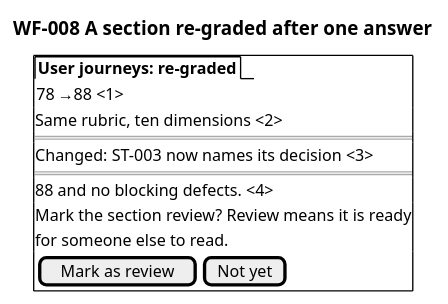
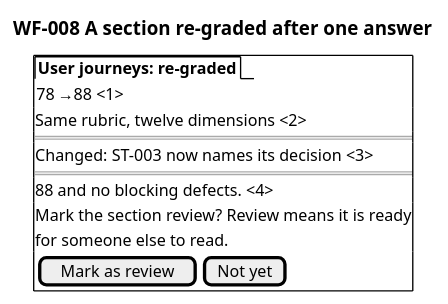
The diagram in docs/prd/prd-forge/diagrams/WF-008.puml (SpillwaveSolutions/prd-forge), drawn with PlantUML before and after one commit. The commit also changed 59 other files, not shown here.

```diff
--- a/docs/prd/prd-forge/diagrams/WF-008.puml
+++ b/docs/prd/prd-forge/diagrams/WF-008.puml
@@ -1,17 +1,17 @@
 @startsalt
 title WF-008 A section re-graded after one answer
 {+
   {/ <b>User journeys: re-graded</b> }
   {
     78 | → | 88 <1>
   }
-  Same rubric, ten dimensions <2>
+  Same rubric, twelve dimensions <2>
   ==
   Changed: ST-003 now names its decision <3>
   ==
   88 and no blocking defects. <4>
   Mark the section review? Review means it is ready
   for someone else to read.
   { [Mark as review] | [Not yet] }
 }
 @endsalt
```
